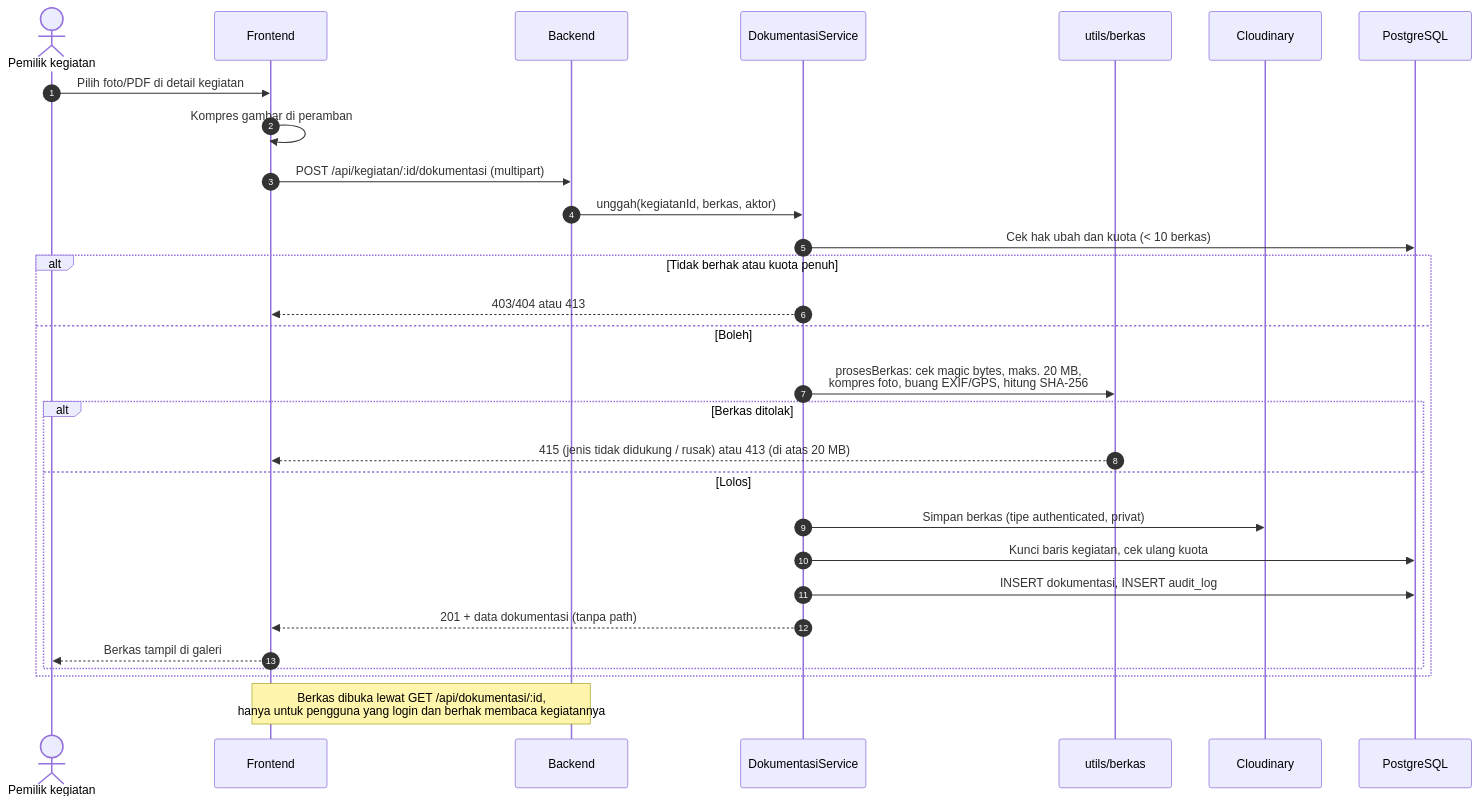
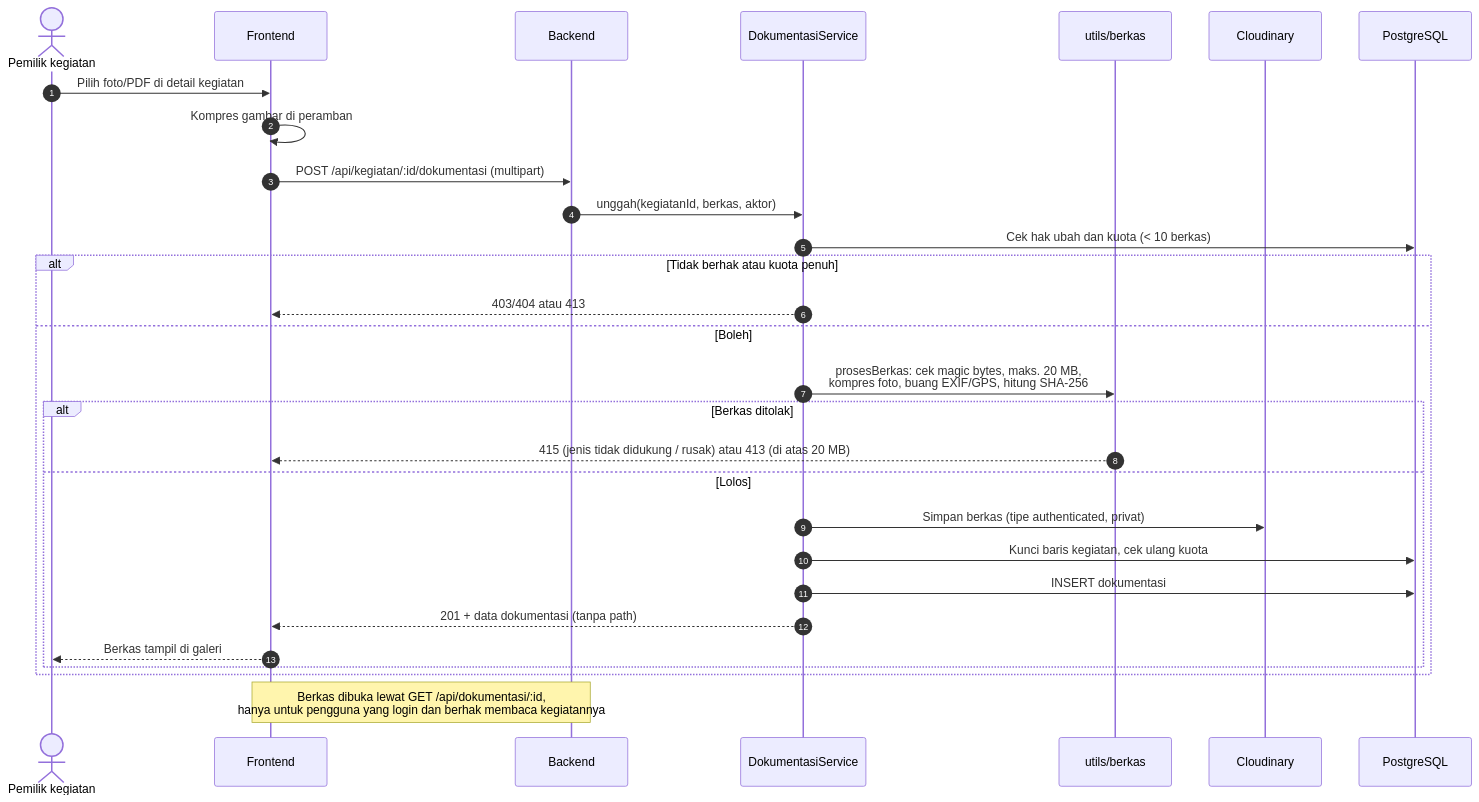
The third of 3 diagrams in docs/uml/03-sequence.md (AhmadsTechDev/kegiatan-kominfo), drawn with Mermaid before and after one commit. The commit also changed other lines of this file and 69 other files, not shown here.

First line of the commit message:
feat: remove audit log feature

````diff
--- a/docs/uml/03-sequence.md
+++ b/docs/uml/03-sequence.md
@@ -88,32 +87,32 @@
 ```mermaid
 sequenceDiagram
     autonumber
     actor U as Pemilik kegiatan
     participant W as Frontend
     participant A as Backend
     participant D as DokumentasiService
     participant F as utils/berkas
     participant C as Cloudinary
     participant DB as PostgreSQL
 
     U->>W: Pilih foto/PDF di detail kegiatan
     W->>W: Kompres gambar di peramban
     W->>A: POST /api/kegiatan/:id/dokumentasi (multipart)
     A->>D: unggah(kegiatanId, berkas, aktor)
     D->>DB: Cek hak ubah dan kuota (< 10 berkas)
     alt Tidak berhak atau kuota penuh
         D-->>W: 403/404 atau 413
     else Boleh
         D->>F: prosesBerkas: cek magic bytes, maks. 20 MB,<br/>kompres foto, buang EXIF/GPS, hitung SHA-256
         alt Berkas ditolak
             F-->>W: 415 (jenis tidak didukung / rusak) atau 413 (di atas 20 MB)
         else Lolos
             D->>C: Simpan berkas (tipe authenticated, privat)
             D->>DB: Kunci baris kegiatan, cek ulang kuota
-            D->>DB: INSERT dokumentasi, INSERT audit_log
+            D->>DB: INSERT dokumentasi
             D-->>W: 201 + data dokumentasi (tanpa path)
             W-->>U: Berkas tampil di galeri
         end
     end
     Note over W,A: Berkas dibuka lewat GET /api/dokumentasi/:id,<br/>hanya untuk pengguna yang login dan berhak membaca kegiatannya
 ```
````
